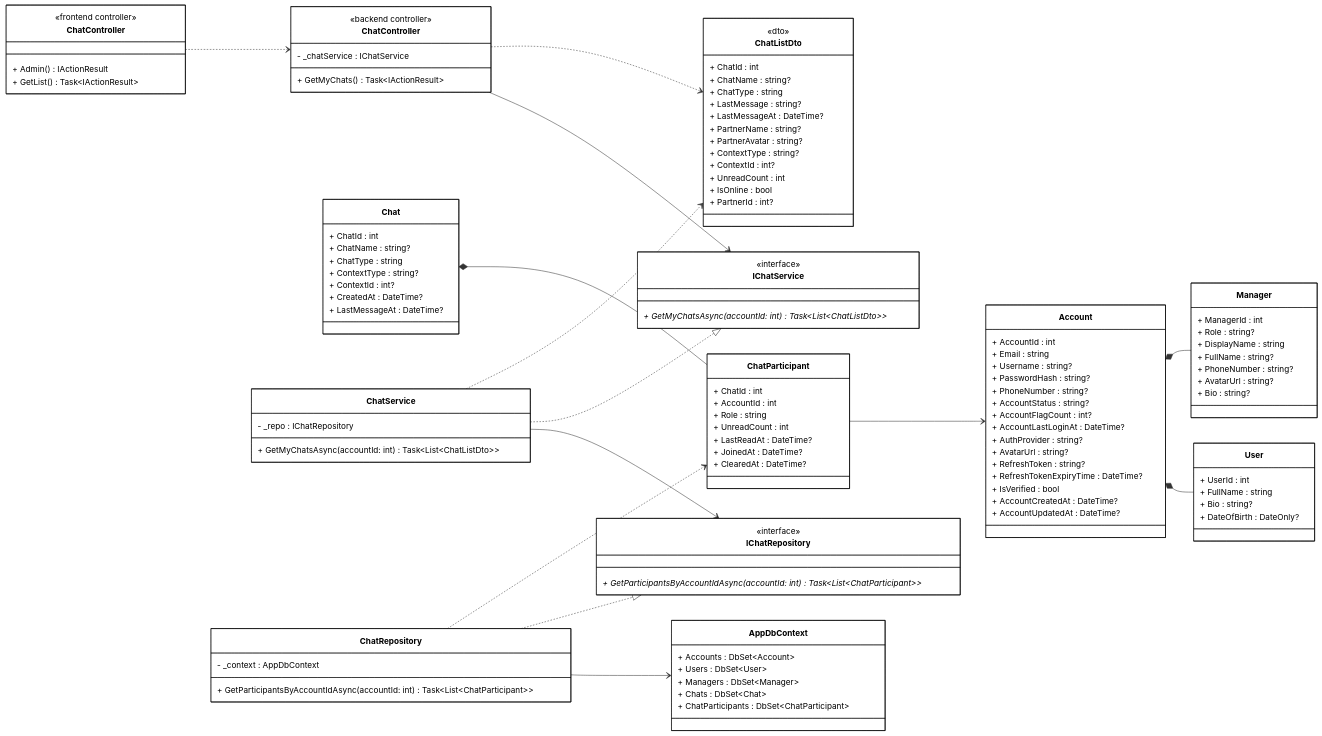
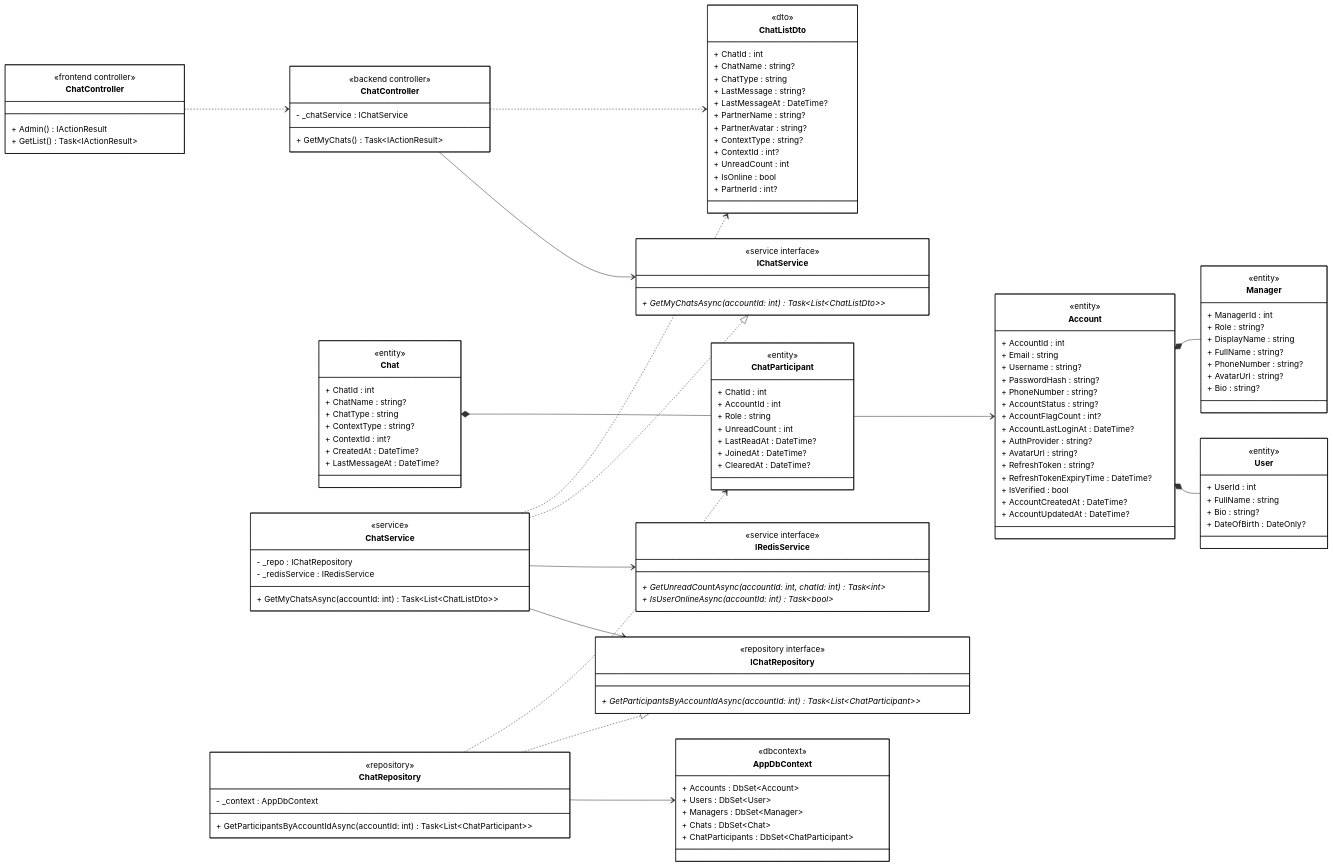
One commit to 1000do/Linked changed the diagram in diagrams/class_mermaid/manage_chat/cls_mm_view_chat_list.mmd. Above: the diagram before and after it, drawn with Mermaid. The commit also changed 34 other files, not shown here.

Commit message:
docs: generate mermaid class diagrams and plantuml sequence diagrams for chat, notification, cart, and instructor application features

```diff
--- a/diagrams/class_mermaid/manage_chat/cls_mm_view_chat_list.mmd
+++ b/diagrams/class_mermaid/manage_chat/cls_mm_view_chat_list.mmd
@@ -1,158 +1,174 @@
 classDiagram
 direction LR
 
 %% ==================== FRONTEND ====================
 
 class FrontendController["ChatController"] {
     <<frontend controller>>
     + Admin() IActionResult
     + GetList() Task~IActionResult~
 }
 
 %% ==================== BACKEND - CONTROLLER ====================
 
 class BackendController["ChatController"] {
     <<backend controller>>
     - _chatService : IChatService
     + GetMyChats() Task~IActionResult~
 }
 
 %% ==================== BACKEND - DTOs ====================
 
 class ChatListDto {
     <<dto>>
     + ChatId : int
     + ChatName : string?
     + ChatType : string
     + LastMessage : string?
     + LastMessageAt : DateTime?
     + PartnerName : string?
     + PartnerAvatar : string?
     + ContextType : string?
     + ContextId : int?
     + UnreadCount : int
     + IsOnline : bool
     + PartnerId : int?
 }
 
 %% ==================== BACKEND - DOMAIN ENTITIES ====================
 
 class Chat {
+    <<entity>>
     + ChatId : int
     + ChatName : string?
     + ChatType : string
     + ContextType : string?
     + ContextId : int?
     + CreatedAt : DateTime?
     + LastMessageAt : DateTime?
 }
 
 class ChatParticipant {
+    <<entity>>
     + ChatId : int
     + AccountId : int
     + Role : string
     + UnreadCount : int
     + LastReadAt : DateTime?
     + JoinedAt : DateTime?
     + ClearedAt : DateTime?
 }
 
 class Account {
+    <<entity>>
     + AccountId : int
     + Email : string
     + Username : string?
     + PasswordHash : string?
     + PhoneNumber : string?
     + AccountStatus : string?
     + AccountFlagCount : int?
     + AccountLastLoginAt : DateTime?
     + AuthProvider : string?
     + AvatarUrl : string?
     + RefreshToken : string?
     + RefreshTokenExpiryTime : DateTime?
     + IsVerified : bool
     + AccountCreatedAt : DateTime?
     + AccountUpdatedAt : DateTime?
 }
 
 class User {
+    <<entity>>
     + UserId : int
     + FullName : string
     + Bio : string?
     + DateOfBirth : DateOnly?
 }
 
 class Manager {
+    <<entity>>
     + ManagerId : int
     + Role : string?
     + DisplayName : string
     + FullName : string?
     + PhoneNumber : string?
     + AvatarUrl : string?
     + Bio : string?
 }
 
 %% ==================== BACKEND - SERVICE INTERFACES ====================
 
 class IChatService {
-    <<interface>>
+    <<service interface>>
     + GetMyChatsAsync(accountId: int) Task~List~ChatListDto~~ *
+}
+
+class IRedisService {
+    <<service interface>>
+    + GetUnreadCountAsync(accountId: int, chatId: int) Task~int~ *
+    + IsUserOnlineAsync(accountId: int) Task~bool~ *
 }
 
 %% ==================== BACKEND - REPOSITORY INTERFACES ====================
 
 class IChatRepository {
-    <<interface>>
+    <<repository interface>>
     + GetParticipantsByAccountIdAsync(accountId: int) Task~List~ChatParticipant~~ *
 }
 
 %% ==================== BACKEND - SERVICE IMPLEMENTATION ====================
 
 class ChatService {
+    <<service>>
     - _repo : IChatRepository
+    - _redisService : IRedisService
     + GetMyChatsAsync(accountId: int) Task~List~ChatListDto~~
 }
 
 %% ==================== BACKEND - REPOSITORY IMPLEMENTATION ====================
 
 class ChatRepository {
+    <<repository>>
     - _context : AppDbContext
     + GetParticipantsByAccountIdAsync(accountId: int) Task~List~ChatParticipant~~
 }
 
 %% ==================== BACKEND - DbContext ====================
 
 class AppDbContext {
+    <<dbcontext>>
     + Accounts : DbSet~Account~
     + Users : DbSet~User~
     + Managers : DbSet~Manager~
     + Chats : DbSet~Chat~
     + ChatParticipants : DbSet~ChatParticipant~
 }
 
 %% ==================== RELATIONSHIPS ====================
 
 %% === COMPOSITION (filled diamond) ===
 Account *-- User
 Account *-- Manager
 Chat *-- ChatParticipant
 
 %% === UNIDIRECTIONAL ASSOCIATION (solid arrow) ===
 ChatParticipant --> Account
 BackendController --> IChatService
 ChatService --> IChatRepository
+ChatService --> IRedisService
 ChatRepository --> AppDbContext
 
 %% === INTERFACE REALIZATION ===
 ChatService ..|> IChatService
 ChatRepository ..|> IChatRepository
 
 %% === DEPENDENCY (dashed arrows) ===
 FrontendController ..> BackendController
 BackendController ..> ChatListDto
 ChatService ..> ChatListDto
 ChatRepository ..> ChatParticipant
 
 %% ==================== STYLES ====================
 
 classDef default fill:#FFFFFF,stroke:#000000,stroke-width:1px,color:#000000
```
